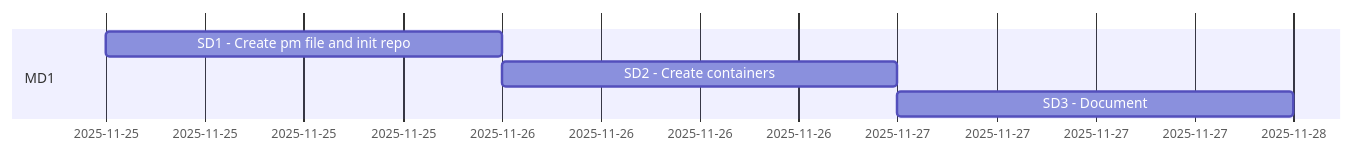
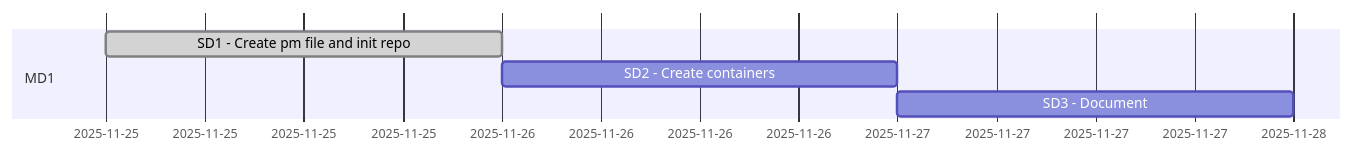
Before and after one commit to hoss-java/containers: the diagram in DECK.md, drawn with Mermaid. The commit also changed other lines of this file, not shown here.

````diff
--- a/DECK.md
+++ b/DECK.md
@@ -26,8 +26,8 @@
 ```mermaid
 gantt
     section MD1
-    SD1 - Create pm file and init repo                 :md1des1, 2025-11-25,1d
+    SD1 - Create pm file and init repo                 :done,md1des1, 2025-11-25,1d
     SD2 - Create containers              :md1des2, after md1des1,1d
     SD3 - Document          :md1des3, after md1des2,1d
 
 ```
````
